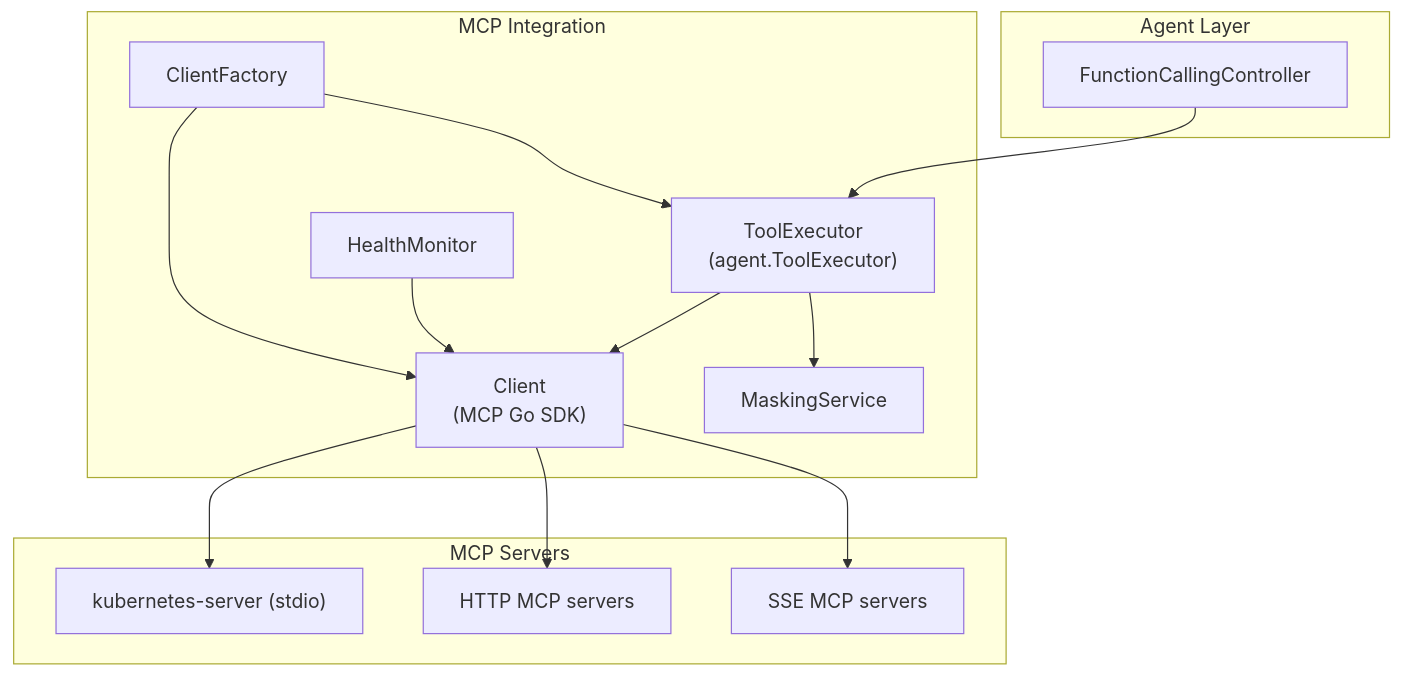
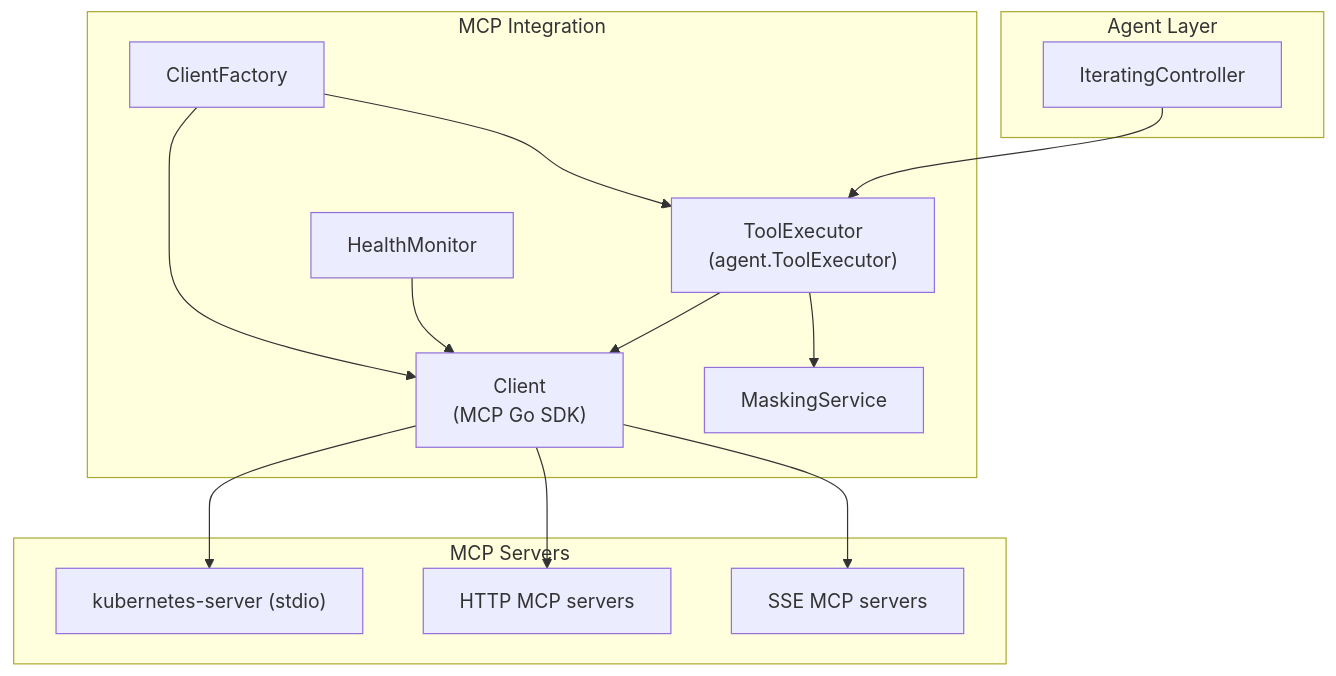
One commit to codeready-toolchain/tarsy changed the fifth of 9 diagrams in docs/functional-areas-design.md. Above: the diagram before and after it, drawn with Mermaid. The commit also changed other lines of this file and 10 other files, not shown here.

````diff
--- a/docs/functional-areas-design.md
+++ b/docs/functional-areas-design.md
@@ -488,31 +488,31 @@
 ```mermaid
 graph TB
     subgraph agentLayer [Agent Layer]
-        Controller[FunctionCallingController]
+        Controller[IteratingController]
     end
 
     subgraph mcpLayer [MCP Integration]
         Executor["ToolExecutor<br/>(agent.ToolExecutor)"]
         Client["Client<br/>(MCP Go SDK)"]
         Factory[ClientFactory]
         Health[HealthMonitor]
         Masking[MaskingService]
     end
 
     subgraph servers [MCP Servers]
         K8s["kubernetes-server (stdio)"]
         HTTP["HTTP MCP servers"]
         SSE["SSE MCP servers"]
     end
 
     Controller --> Executor
     Executor --> Client
     Factory --> Client
     Factory --> Executor
     Executor --> Masking
     Health --> Client
 
     Client --> K8s
     Client --> HTTP
     Client --> SSE
 ```
````
